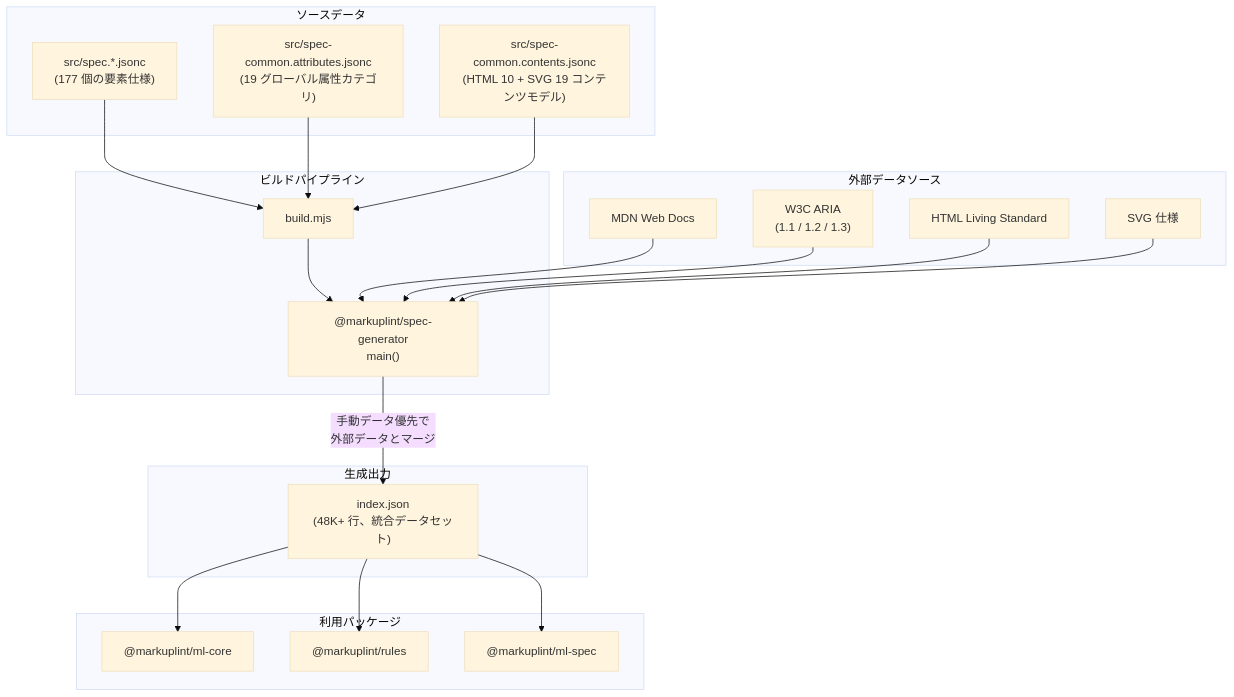
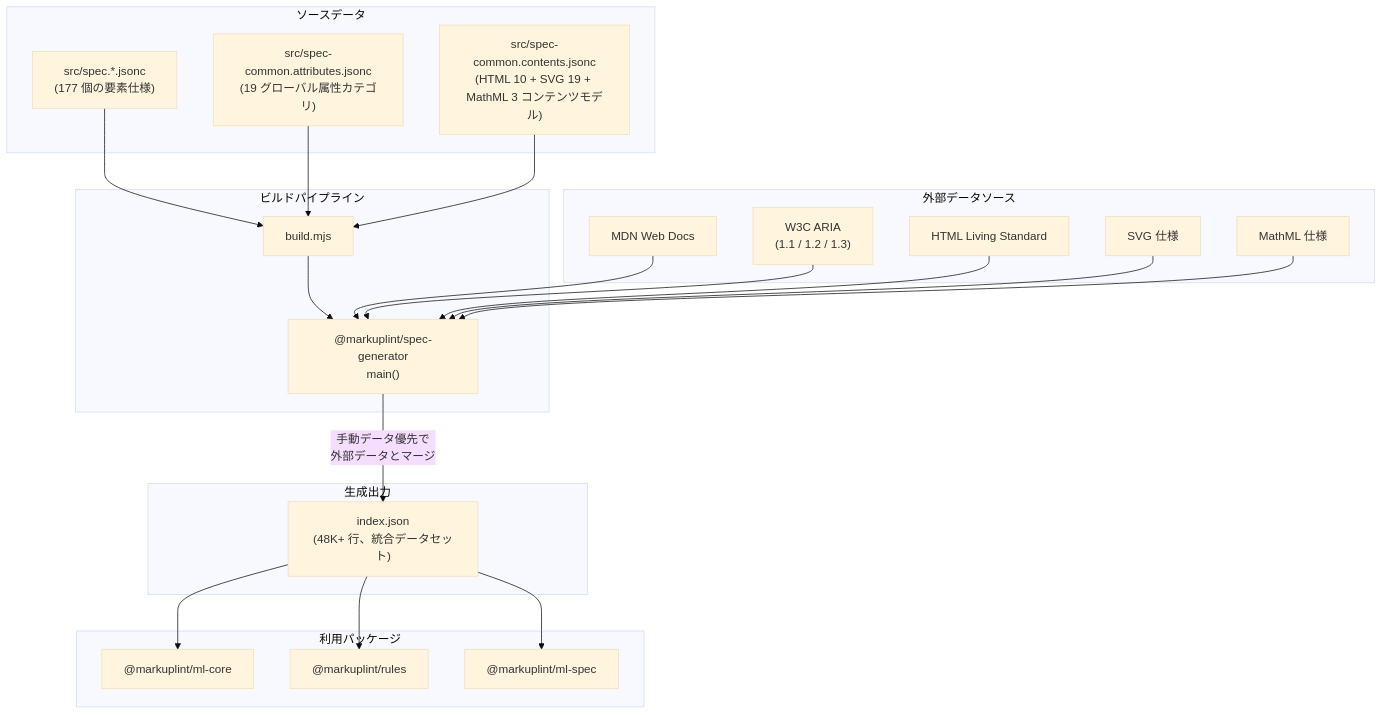
Before and after one commit to markuplint/markuplint: the first of 2 diagrams in packages/@markuplint/html-spec/ARCHITECTURE.ja.md, drawn with Mermaid (base theme). The commit also changed other lines of this file and 44 other files, not shown here.

First line of the commit message:
feat(html-spec): add 32 MathML element specifications

````diff
--- a/packages/@markuplint/html-spec/ARCHITECTURE.ja.md
+++ b/packages/@markuplint/html-spec/ARCHITECTURE.ja.md
@@ -30,46 +31,48 @@
 ```mermaid
 flowchart TD
     subgraph sources ["ソースデータ"]
         specFiles["src/spec.*.jsonc\n(177 個の要素仕様)"]
         commonAttrs["src/spec-common.attributes.jsonc\n(19 グローバル属性カテゴリ)"]
-        commonContents["src/spec-common.contents.jsonc\n(HTML 10 + SVG 19 コンテンツモデル)"]
+        commonContents["src/spec-common.contents.jsonc\n(HTML 10 + SVG 19 + MathML 3 コンテンツモデル)"]
     end
 
     subgraph build ["ビルドパイプライン"]
         buildMjs["build.mjs"]
         specGen["@markuplint/spec-generator\nmain()"]
     end
 
     subgraph external ["外部データソース"]
         mdn["MDN Web Docs"]
         aria["W3C ARIA\n(1.1 / 1.2 / 1.3)"]
         htmlLs["HTML Living Standard"]
         svg["SVG 仕様"]
+        mathml["MathML 仕様"]
     end
 
     subgraph output ["生成出力"]
         indexJson["index.json\n(48K+ 行、統合データセット)"]
     end
 
     subgraph consumers ["利用パッケージ"]
         mlCore["@markuplint/ml-core"]
         rules["@markuplint/rules"]
         mlSpec["@markuplint/ml-spec"]
     end
 
     specFiles --> buildMjs
     commonAttrs --> buildMjs
     commonContents --> buildMjs
     buildMjs --> specGen
 
     mdn --> specGen
     aria --> specGen
     htmlLs --> specGen
     svg --> specGen
+    mathml --> specGen
 
     specGen -->|"手動データ優先で\n外部データとマージ"| indexJson
 
     indexJson --> mlSpec
     indexJson --> mlCore
     indexJson --> rules
 ```
````
